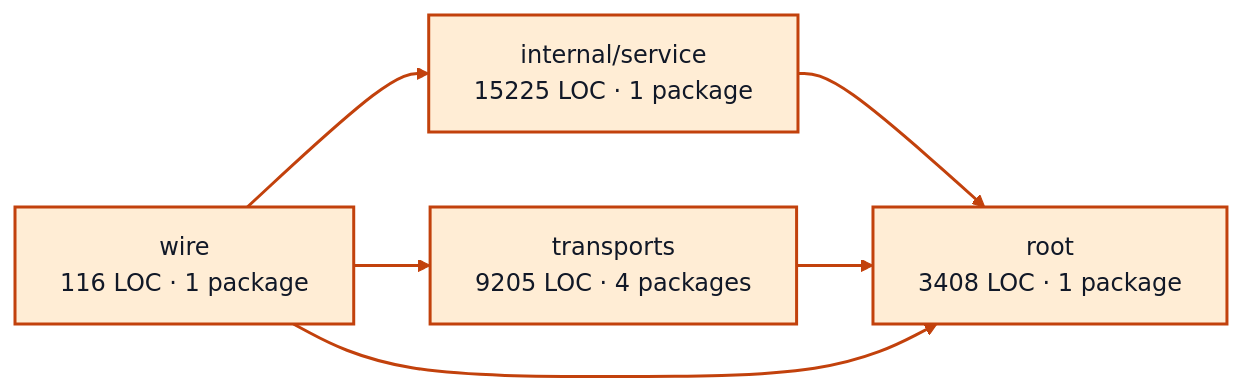
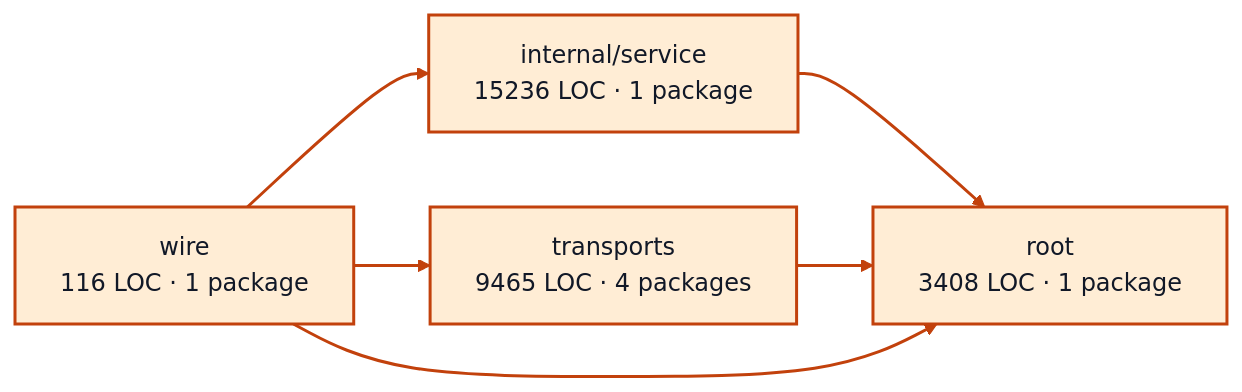
Before and after one commit to portpowered/you-agent-factory: the diagram in docs/architecture/visualizations/services/worker_sessions.md, drawn with Mermaid (base theme). The commit also changed other lines of this file and 21 other files, not shown here.

Commit message:
docs: refresh backend architecture visualizations

````diff
--- a/docs/architecture/visualizations/services/worker_sessions.md
+++ b/docs/architecture/visualizations/services/worker_sessions.md
@@ -11,17 +11,17 @@
 ```mermaid
 flowchart LR
-  p0["internal/service<br/>15225 LOC · 1 package"]
+  p0["internal/service<br/>15236 LOC · 1 package"]
   p1["root<br/>3408 LOC · 1 package"]
-  p2["transports<br/>9205 LOC · 4 packages"]
+  p2["transports<br/>9465 LOC · 4 packages"]
   p3["wire<br/>116 LOC · 1 package"]
   p0 --> p1
   p2 --> p1
   p3 --> p0
   p3 --> p1
   p3 --> p2
   style p0 fill:#ffedd5,stroke:#c2410c,stroke-width:2px,color:#111827
   style p1 fill:#ffedd5,stroke:#c2410c,stroke-width:2px,color:#111827
   style p2 fill:#ffedd5,stroke:#c2410c,stroke-width:2px,color:#111827
   style p3 fill:#ffedd5,stroke:#c2410c,stroke-width:2px,color:#111827
   linkStyle default stroke:#c2410c,stroke-width:2px
 ```
````
